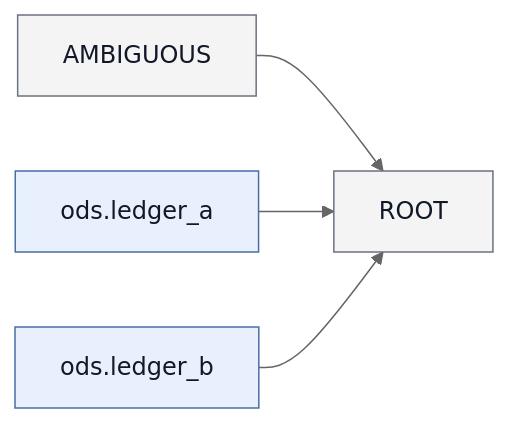
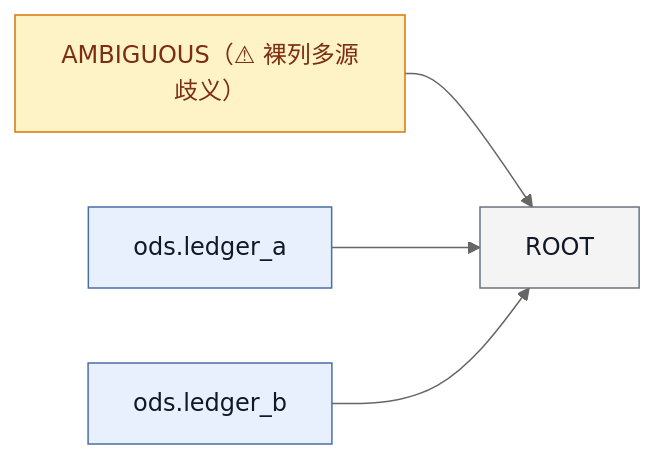
Before and after one commit to realyin/scope-lineage: the diagram in tests/core/fixtures/lineage_contract/fact_gap/mapping.md, drawn with Mermaid (neutral theme). The commit also changed other lines of this file and 25 other files, not shown here.

````diff
--- a/tests/core/fixtures/lineage_contract/fact_gap/mapping.md
+++ b/tests/core/fixtures/lineage_contract/fact_gap/mapping.md
@@ -63,13 +63,15 @@
 ```mermaid
 flowchart LR
-    n0["AMBIGUOUS"]
+    n0["AMBIGUOUS（⚠ 裸列多源歧义）"]
     n1["ROOT"]
     n2["ods.ledger_a"]
     n3["ods.ledger_b"]
     n0 --> n1
     n2 --> n1
     n3 --> n1
     classDef default fill:#f4f4f5,stroke:#6b7280,color:#111827
     classDef physical fill:#e8f0fe,stroke:#4a6fa5,color:#111827
     class n2,n3 physical
+    classDef ambiguous fill:#fef3c7,stroke:#d97706,color:#7c2d12
+    class n0 ambiguous
 ```
````
